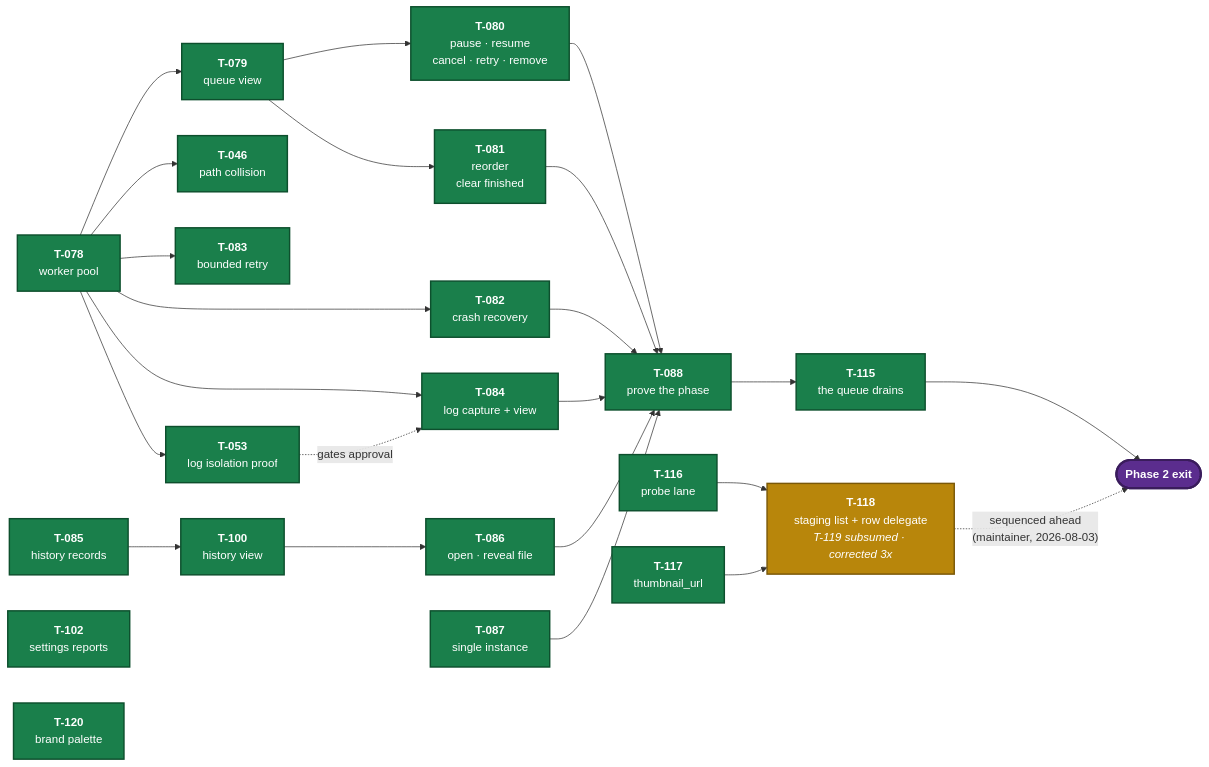
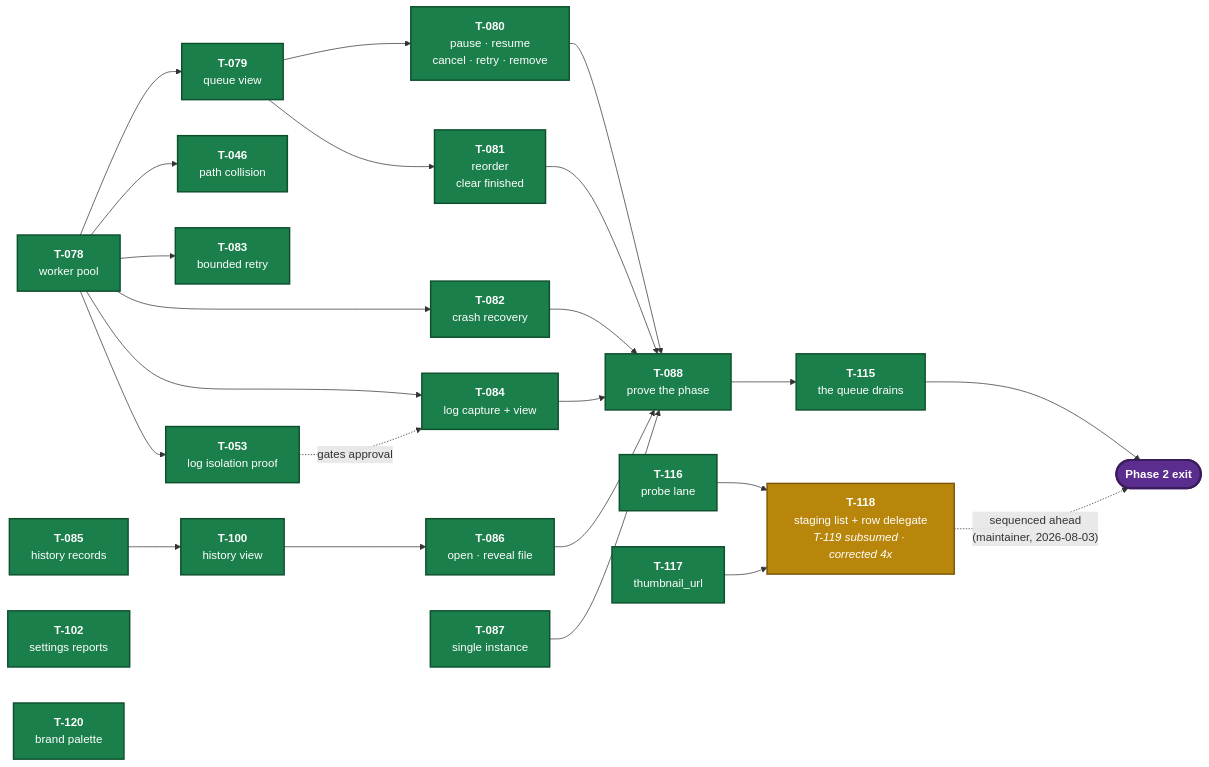
One commit to kottmans/tracks-and-trails changed the diagram in ai/IMPLEMENTATION_PLAN.md. Above: the diagram before and after it, drawn with Mermaid. The commit also changed other lines of this file and 1 other file, not shown here.

````diff
--- a/ai/IMPLEMENTATION_PLAN.md
+++ b/ai/IMPLEMENTATION_PLAN.md
@@ -238,57 +243,57 @@
 ```mermaid
 flowchart LR
     classDef approved fill:#1a7f4b,stroke:#0d4f2d,stroke-width:2px,color:#fff
     classDef review   fill:#b8860b,stroke:#7a5808,stroke-width:2px,color:#fff
     classDef ready    fill:#1f5fa8,stroke:#123a68,stroke-width:2px,color:#fff
     classDef proposed fill:#4a4a4a,stroke:#2a2a2a,stroke-width:2px,color:#fff
     classDef exit     fill:#5b2d8e,stroke:#3a1c5c,stroke-width:3px,color:#fff
 
     T078["<b>T-078</b><br/>worker pool"]:::approved
     T079["<b>T-079</b><br/>queue view"]:::approved
     T085["<b>T-085</b><br/>history records"]:::approved
     T080["<b>T-080</b><br/>pause · resume<br/>cancel · retry · remove"]:::approved
     T081["<b>T-081</b><br/>reorder<br/>clear finished"]:::approved
     T046["<b>T-046</b><br/>path collision"]:::approved
     T083["<b>T-083</b><br/>bounded retry"]:::approved
     T053["<b>T-053</b><br/>log isolation proof"]:::approved
     T082["<b>T-082</b><br/>crash recovery"]:::approved
     T084["<b>T-084</b><br/>log capture + view"]:::approved
     T100["<b>T-100</b><br/>history view"]:::approved
     T102["<b>T-102</b><br/>settings reports"]:::approved
     T087["<b>T-087</b><br/>single instance"]:::approved
     T086["<b>T-086</b><br/>open · reveal file"]:::approved
     T088["<b>T-088</b><br/>prove the phase"]:::approved
     T115["<b>T-115</b><br/>the queue drains"]:::approved
 
     T116["<b>T-116</b><br/>probe lane"]:::approved
     T117["<b>T-117</b><br/>thumbnail_url"]:::approved
     T120["<b>T-120</b><br/>brand palette"]:::approved
-    T118["<b>T-118</b><br/>staging list + row delegate<br/><i>T-119 subsumed · corrected 3x</i>"]:::review
+    T118["<b>T-118</b><br/>staging list + row delegate<br/><i>T-119 subsumed · corrected 4x</i>"]:::review
 
     EXIT(["<b>Phase 2 exit</b>"]):::exit
 
     T078 --> T079
     T078 --> T046
     T078 --> T083
     T078 --> T082
     T078 --> T084
     T078 --> T053
     T079 --> T080
     T079 --> T081
     T085 --> T100
     T100 --> T086
     T053 -. gates approval .-> T084
 
     T080 --> T088
     T081 --> T088
     T082 --> T088
     T084 --> T088
     T086 --> T088
     T087 --> T088
     T088 --> T115
     T115 --> EXIT
 
     T116 --> T118
     T117 --> T118
     T118 -. "sequenced ahead<br/>(maintainer, 2026-08-03)" .-> EXIT
 ```
````
